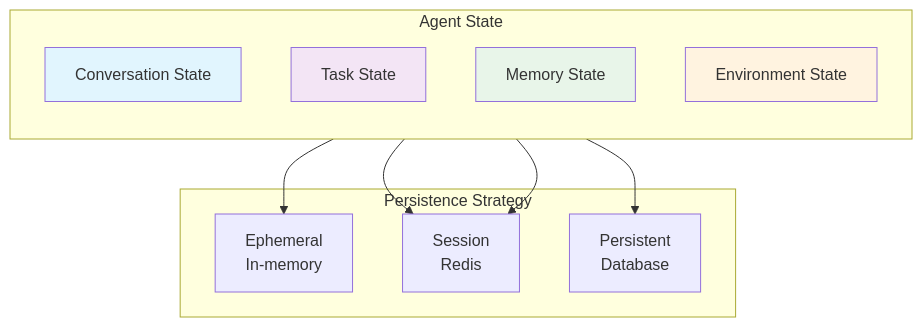
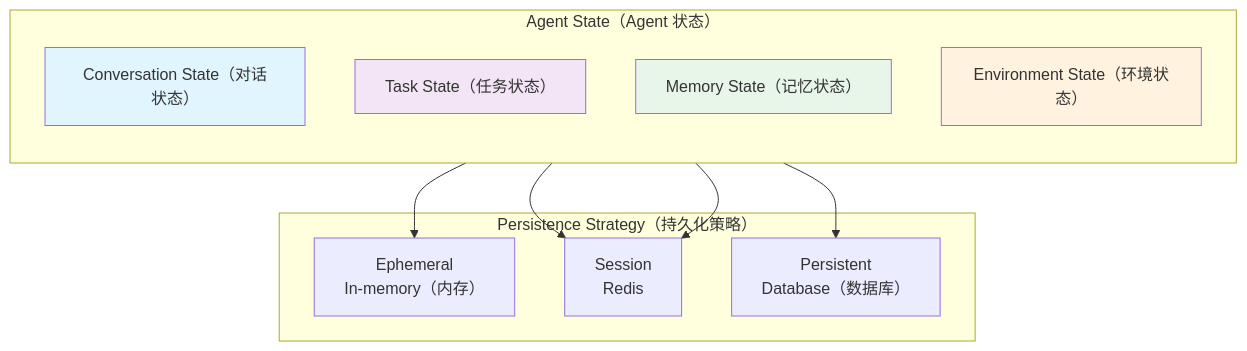
Before and after one commit to YiWang24/AiDIY: the first of 2 diagrams in i18n/zh-Hans/docusaurus-plugin-content-docs/current/ai/harness-engineering/state-management.mdx, drawn with Mermaid. The commit also changed other lines of this file and 7 other files, not shown here.

````diff
--- a/i18n/zh-Hans/docusaurus-plugin-content-docs/current/ai/harness-engineering/state-management.mdx
+++ b/i18n/zh-Hans/docusaurus-plugin-content-docs/current/ai/harness-engineering/state-management.mdx
@@ -20,26 +19,26 @@
 ```mermaid
 flowchart TB
-    subgraph AgentState["Agent State"]
+    subgraph AgentState["Agent State（Agent 状态）"]
         direction TB
-        Conv[Conversation State]
-        Task[Task State]
-        Mem[Memory State]
-        Env[Environment State]
+        Conv[Conversation State（对话状态）]
+        Task[Task State（任务状态）]
+        Mem[Memory State（记忆状态）]
+        Env[Environment State（环境状态）]
     end
 
-    subgraph Persistence["Persistence Strategy"]
-        Ephemeral[Ephemeral<br/>In-memory]
+    subgraph Persistence["Persistence Strategy（持久化策略）"]
+        Ephemeral[Ephemeral<br/>In-memory（内存）]
         Session[Session<br/>Redis]
-        Persistent[Persistent<br/>Database]
+        Persistent[Persistent<br/>Database（数据库）]
     end
 
     Conv --> Ephemeral
     Task --> Session
     Mem --> Persistent
     Env --> Session
 
     style Conv fill:#e1f5fe
     style Task fill:#f3e5f5
     style Mem fill:#e8f5e9
     style Env fill:#fff3e0
 ```
````
